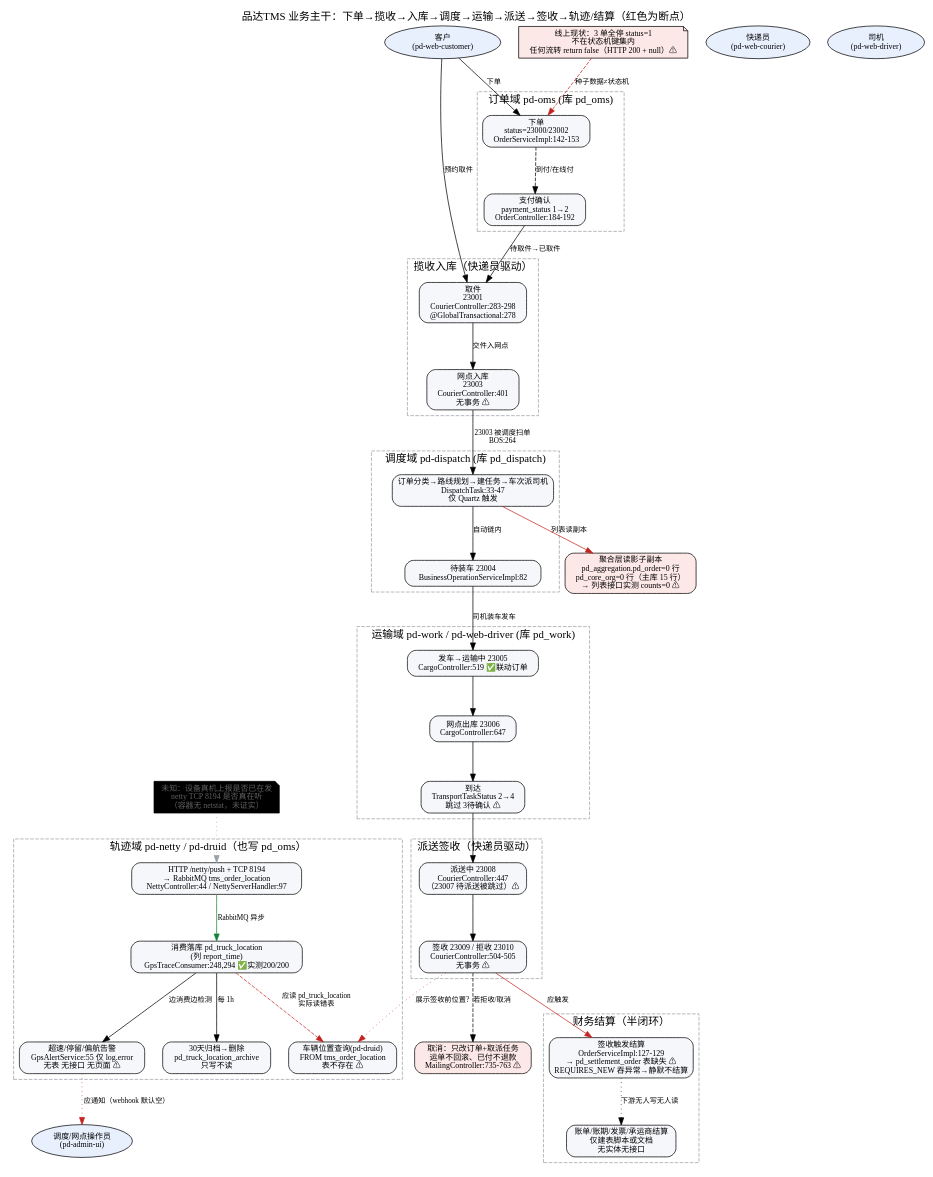
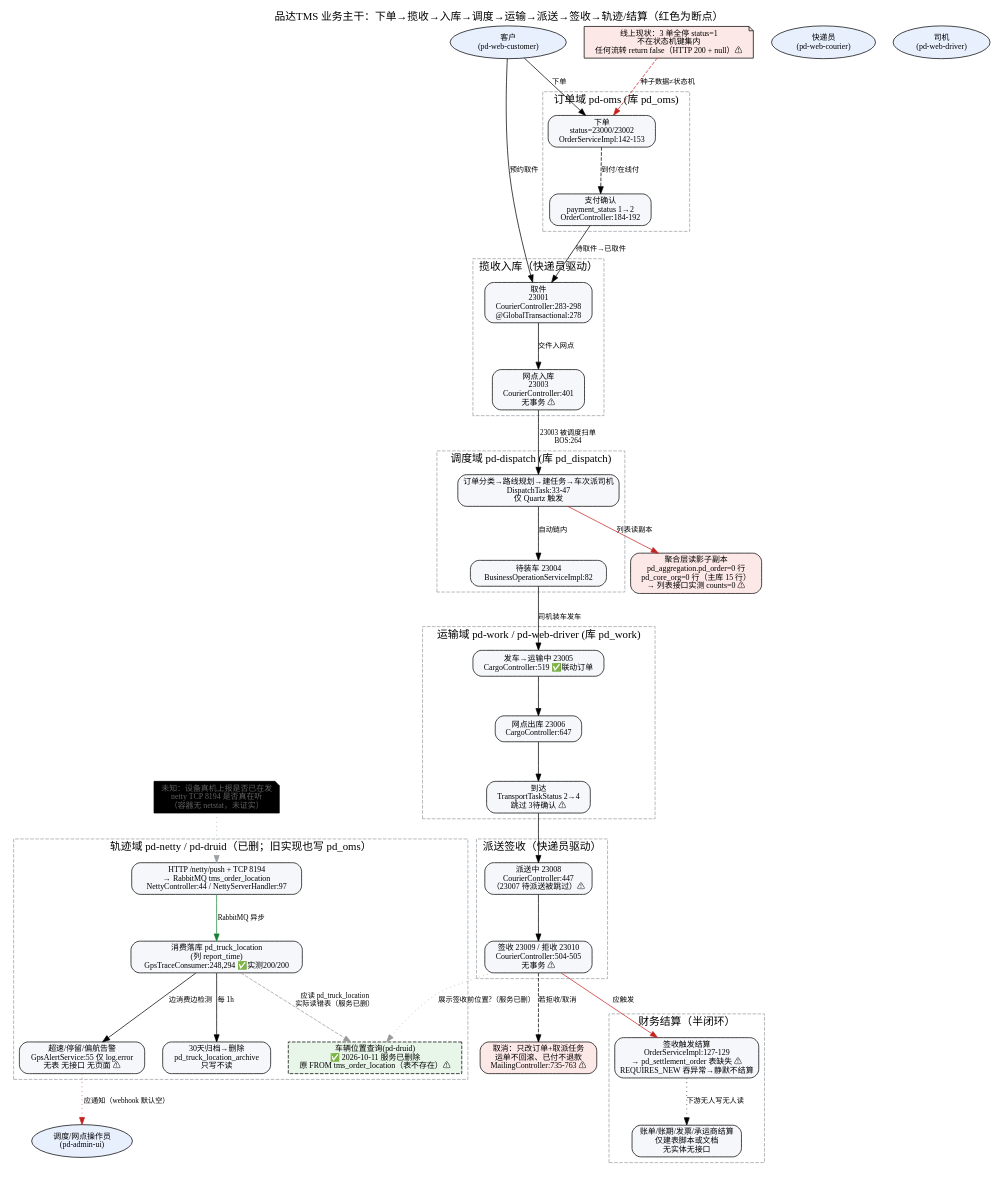
Before and after one commit to itxinfei/pinda-tms: the diagram in docs/architecture/business-flow.dot, drawn with Graphviz. The commit also changed 23 other files, not shown here.

First line of the commit message:
refactor: 整体移除 pd-druid 死模块（可部署后端 14→13），车辆轨迹能力归 pd-netty

```diff
--- a/docs/architecture/business-flow.dot
+++ b/docs/architecture/business-flow.dot
@@ -1,85 +1,85 @@
 // 🔴 2026-10-10 注：本图为重构前快照。数据库已由各域分库重构为单一物理库 pinda_tms（51 表）+ tenant_id 多租户；下方 cluster 标签里的"(库 pd_oms)"等旧库名仅作历史标注，业务流本身仍成立。现行库口径见 docs/02、《需求文档/45》。
 // 品达TMS 端到端业务流（current-state，证据标注版）· 重构前快照
 // 生成：flow-visualizer + graphviz；基线 ecd6725 + 192.168.20.130 实测（2026-10-08）
 // 读法：实线=代码路径已证实；虚线=推断/待验证；点线=应发生但没有实现；
 //       红色节点=断点；灰色=线上无数据（该环节从未真实走通）
 digraph tms_business_flow {
   rankdir=TB;
   nodesep=0.35; ranksep=0.75;
   graph [fontname="Microsoft YaHei", labelloc=t, fontsize=15,
          label="品达TMS 业务主干：下单→揽收→入库→调度→运输→派送→签收→轨迹/结算（红色为断点）"];
   node  [fontname="Microsoft YaHei", fontsize=11, shape=box, style="rounded,filled", fillcolor="#f5f7fa"];
   edge  [fontname="Microsoft YaHei", fontsize=10];
 
   // ---------- 角色 ----------
   customer [label="客户\n(pd-web-customer)", shape=ellipse, fillcolor="#e8f0fe"];
   dispatcher [label="调度/网点操作员\n(pd-admin-ui)", shape=ellipse, fillcolor="#e8f0fe"];
   courier [label="快递员\n(pd-web-courier)", shape=ellipse, fillcolor="#e8f0fe"];
   driver [label="司机\n(pd-web-driver)", shape=ellipse, fillcolor="#e8f0fe"];
 
   // ---------- 主干业务步骤 ----------
   subgraph cluster_order { label="订单域 pd-oms (库 pd_oms)"; style=dashed; color="#9aa0a6";
     create [label="下单\nstatus=23000/23002\nOrderServiceImpl:142-153"];
     pay [label="支付确认\npayment_status 1→2\nOrderController:184-192"];
   }
   subgraph cluster_pickup { label="揽收入库（快递员驱动）"; style=dashed; color="#9aa0a6";
     picked [label="取件\n23001\nCourierController:283-298\n@GlobalTransactional:278"];
     inbound [label="网点入库\n23003\nCourierController:401\n无事务 ⚠"];
   }
   subgraph cluster_dispatch { label="调度域 pd-dispatch (库 pd_dispatch)"; style=dashed; color="#9aa0a6";
     classify [label="订单分类→路线规划→建任务→车次派司机\nDispatchTask:33-47\n仅 Quartz 触发"];
     toload [label="待装车 23004\nBusinessOperationServiceImpl:82"];
   }
   subgraph cluster_transit { label="运输域 pd-work / pd-web-driver (库 pd_work)"; style=dashed; color="#9aa0a6";
     depart [label="发车→运输中 23005\nCargoController:519 ✅联动订单"];
     exware [label="网点出库 23006\nCargoController:647"];
     arrive [label="到达\nTransportTaskStatus 2→4\n跳过 3待确认 ⚠"];
   }
   subgraph cluster_delivery { label="派送签收（快递员驱动）"; style=dashed; color="#9aa0a6";
     dispatching [label="派送中 23008\nCourierController:447\n（23007 待派送被跳过）⚠"];
     signed [label="签收 23009 / 拒收 23010\nCourierController:504-505\n无事务 ⚠"];
   }
-  subgraph cluster_trace { label="轨迹域 pd-netty / pd-druid（也写 pd_oms）"; style=dashed; color="#9aa0a6";
+  subgraph cluster_trace { label="轨迹域 pd-netty / pd-druid（已删；旧实现也写 pd_oms）"; style=dashed; color="#9aa0a6";
     gpsin [label="HTTP /netty/push + TCP 8194\n→ RabbitMQ tms_order_location\nNettyController:44 / NettyServerHandler:97"];
     store [label="消费落库 pd_truck_location\n(列 report_time)\nGpsTraceConsumer:248,294 ✅实测200/200"];
     alert [label="超速/停留/偏航告警\nGpsAlertService:55 仅 log.error\n无表 无接口 无页面 ⚠"];
-    druid [label="车辆位置查询(pd-druid)\nFROM tms_order_location\n表不存在 ⚠"];
+    druid [label="车辆位置查询(pd-druid)\n✅ 2026-10-11 服务已删除\n原 FROM tms_order_location（表不存在）⚠", style="filled,dashed", fillcolor="#e8f5e9"];
     archive [label="30天归档→删除\npd_truck_location_archive\n只写不读"];
   }
   subgraph cluster_finance { label="财务结算（半闭环）"; style=dashed; color="#9aa0a6";
     settle [label="签收触发结算\nOrderServiceImpl:127-129\n→ pd_settlement_order 表缺失 ⚠\nREQUIRES_NEW 吞异常→静默不结算"];
     bills [label="账单/账期/发票/承运商结算\n仅建表脚本或文档\n无实体无接口"];
   }
 
   dead [label="聚合层读影子副本\npd_aggregation.pd_order=0 行\npd_core_org=0 行（主库 15 行）\n→ 列表接口实测 counts=0 ⚠",
         fillcolor="#fde8e8", shape=box];
   seed [label="线上现状：3 单全停 status=1\n不在状态机键集内\n任何流转 return false（HTTP 200 + null）⚠",
         fillcolor="#fce8e6", shape=note];
   refund [label="取消：只改订单+取派任务\n运单不回滚、已付不退款\nMailingController:735-763 ⚠", fillcolor="#fde8e8"];
   unkn [label="未知：设备真机上报是否已在发\nnetty TCP 8194 是否真在听\n（容器无 netstat，未证实）", shape=note, fillcolor="#eee", fontcolor="#606060"];
 
   // ---------- 主干流转（实线=已证实） ----------
   customer -> create [label="下单"];
   create -> pay [label="到付/在线付", style=dashed];
   customer -> picked [label="预约取件"];
   pay -> picked [label="待取件→已取件"];
   picked -> inbound [label="交件入网点"];
   inbound -> classify [label="23003 被调度扫单\nBOS:264"];
   classify -> toload [label="自动链内"];
   toload -> depart [label="司机装车发车"];
   depart -> exware -> arrive -> dispatching -> signed;
   signed -> settle [label="应触发", color="#c5221f"];
-  signed -> druid [label="展示签收前位置?", style=dotted, color="#c5221f"];
+  signed -> druid [label="展示签收前位置?（服务已删）", style=dotted, color="#999999"];
 
   // ---------- 异步旁路 ----------
   gpsin -> store [label="RabbitMQ 异步", color="#188038"];
   store -> alert [label="边消费边检测"];
   store -> archive [label="每 1h"];
-  store -> druid [label="应读 pd_truck_location\n实际读错表", color="#c5221f", style=dashed];
+  store -> druid [label="应读 pd_truck_location\n实际读错表（服务已删）", color="#999999", style=dashed];
   alert -> dispatcher [label="应通知（webhook 默认空）", style=dotted, color="#c5221f"];
   settle -> bills [label="下游无人写无人读", style=dotted];
   signed -> refund [label="若拒收/取消", style=dashed];
   classify -> dead [label="列表读副本", color="#c5221f"];
   seed -> create [label="种子数据≠状态机", style=dashed, color="#c5221f"];
   unkn -> gpsin [style=dotted, color="#9aa0a6"];
 }
```
